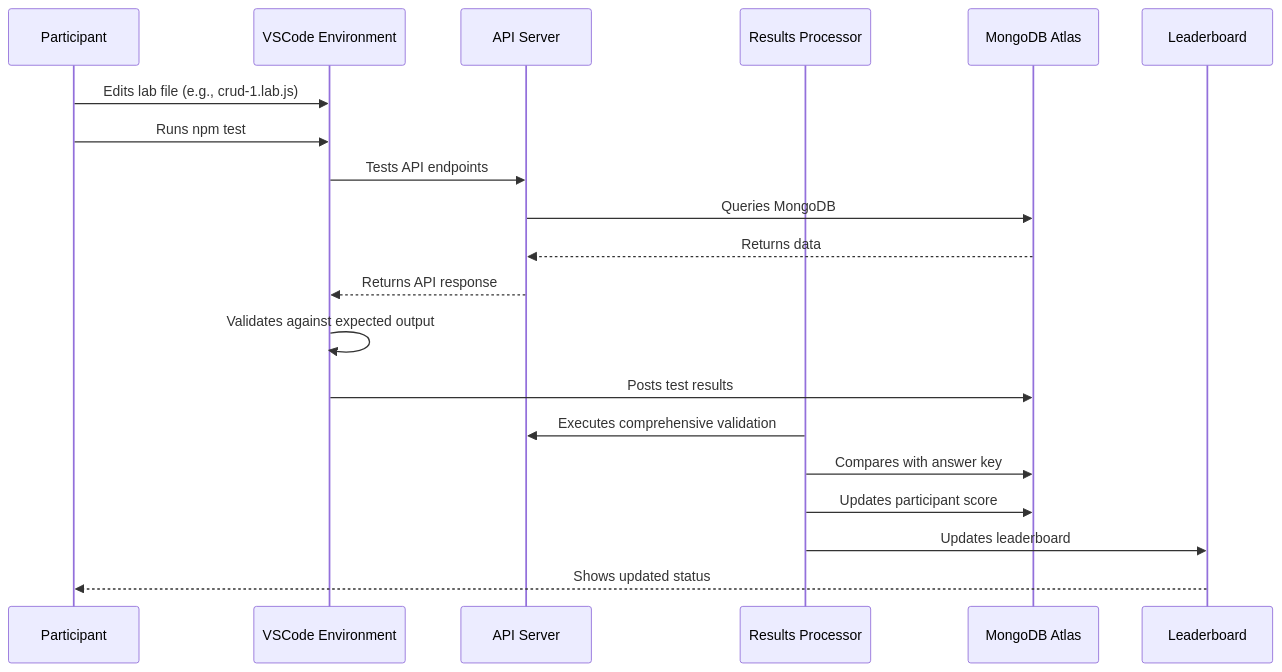
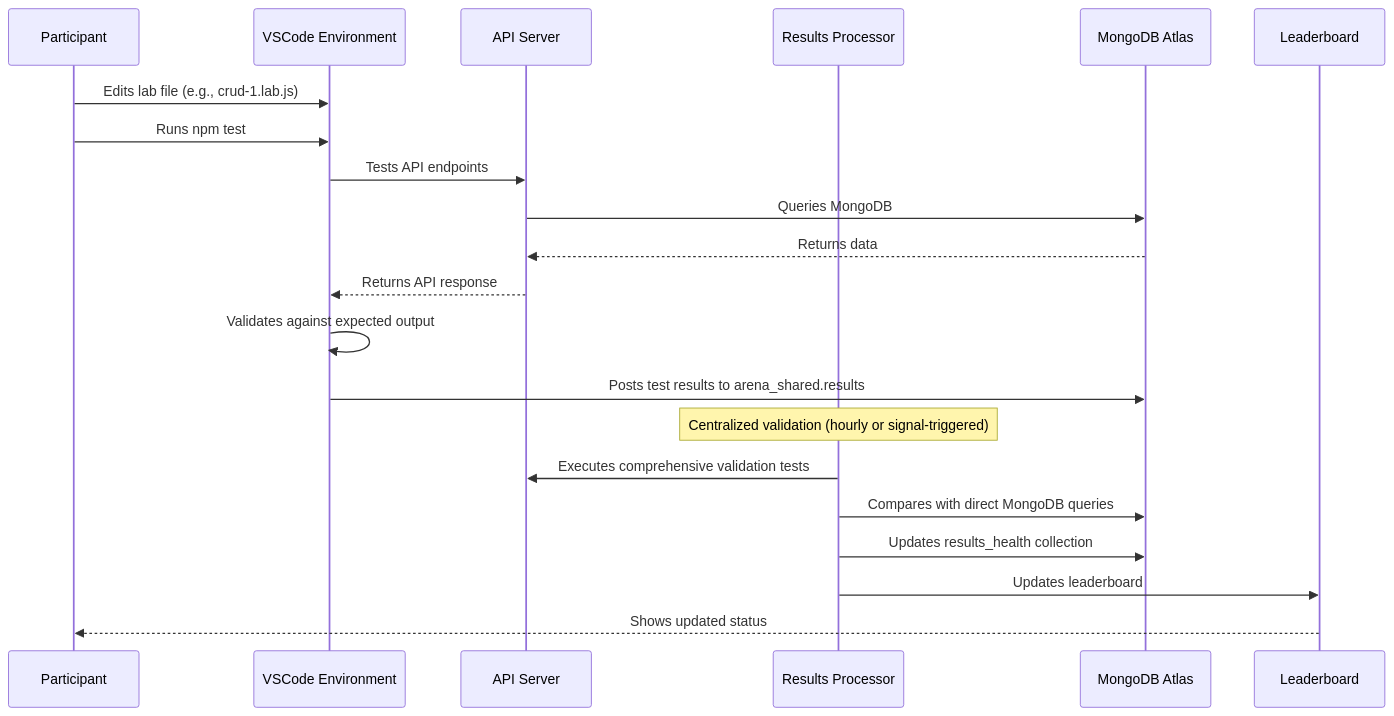
Before and after one commit to simonegaiera/mongodb-airbnb-workshop: the diagram in sa-docs/VALIDATION_COMPONENT.md, drawn with Mermaid. The commit also changed other lines of this file, not shown here.

First line of the commit message:
Update VALIDATION_COMPONENT.md with accurate implementation details

````diff
--- a/sa-docs/VALIDATION_COMPONENT.md
+++ b/sa-docs/VALIDATION_COMPONENT.md
@@ -32,24 +37,25 @@
 ```mermaid
 sequenceDiagram
     participant P as Participant
     participant VS as VSCode Environment
     participant API as API Server
     participant RP as Results Processor
     participant DB as MongoDB Atlas
     participant LB as Leaderboard
 
     P->>VS: Edits lab file (e.g., crud-1.lab.js)
     P->>VS: Runs npm test
     VS->>API: Tests API endpoints
     API->>DB: Queries MongoDB
     DB-->>API: Returns data
     API-->>VS: Returns API response
     VS->>VS: Validates against expected output
-    VS->>DB: Posts test results
+    VS->>DB: Posts test results to arena_shared.results
     
-    RP->>API: Executes comprehensive validation
-    RP->>DB: Compares with answer key
-    RP->>DB: Updates participant score
+    Note over RP: Centralized validation (hourly or signal-triggered)
+    RP->>API: Executes comprehensive validation tests
+    RP->>DB: Compares with direct MongoDB queries
+    RP->>DB: Updates results_health collection
     RP->>LB: Updates leaderboard
     LB-->>P: Shows updated status
 ```
````
